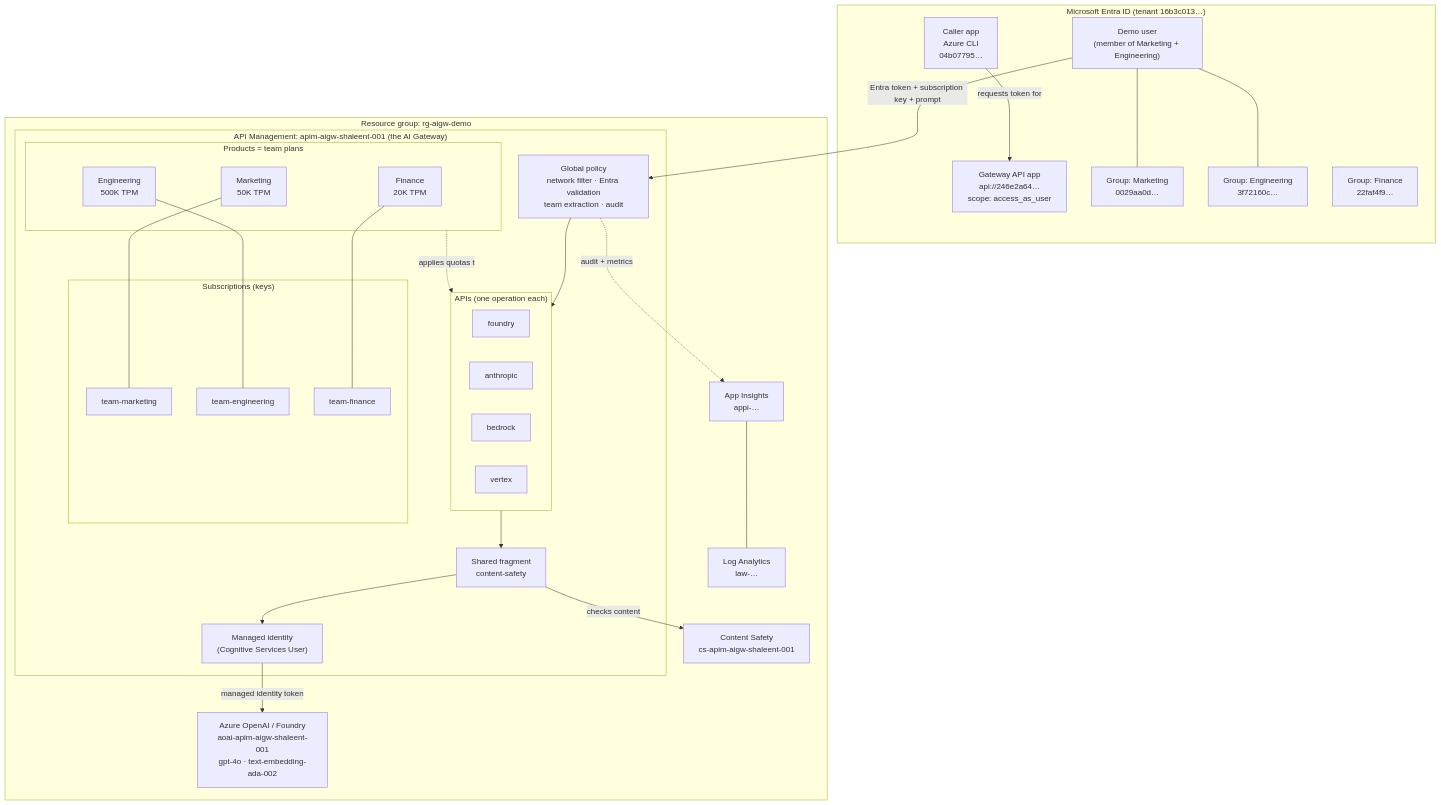
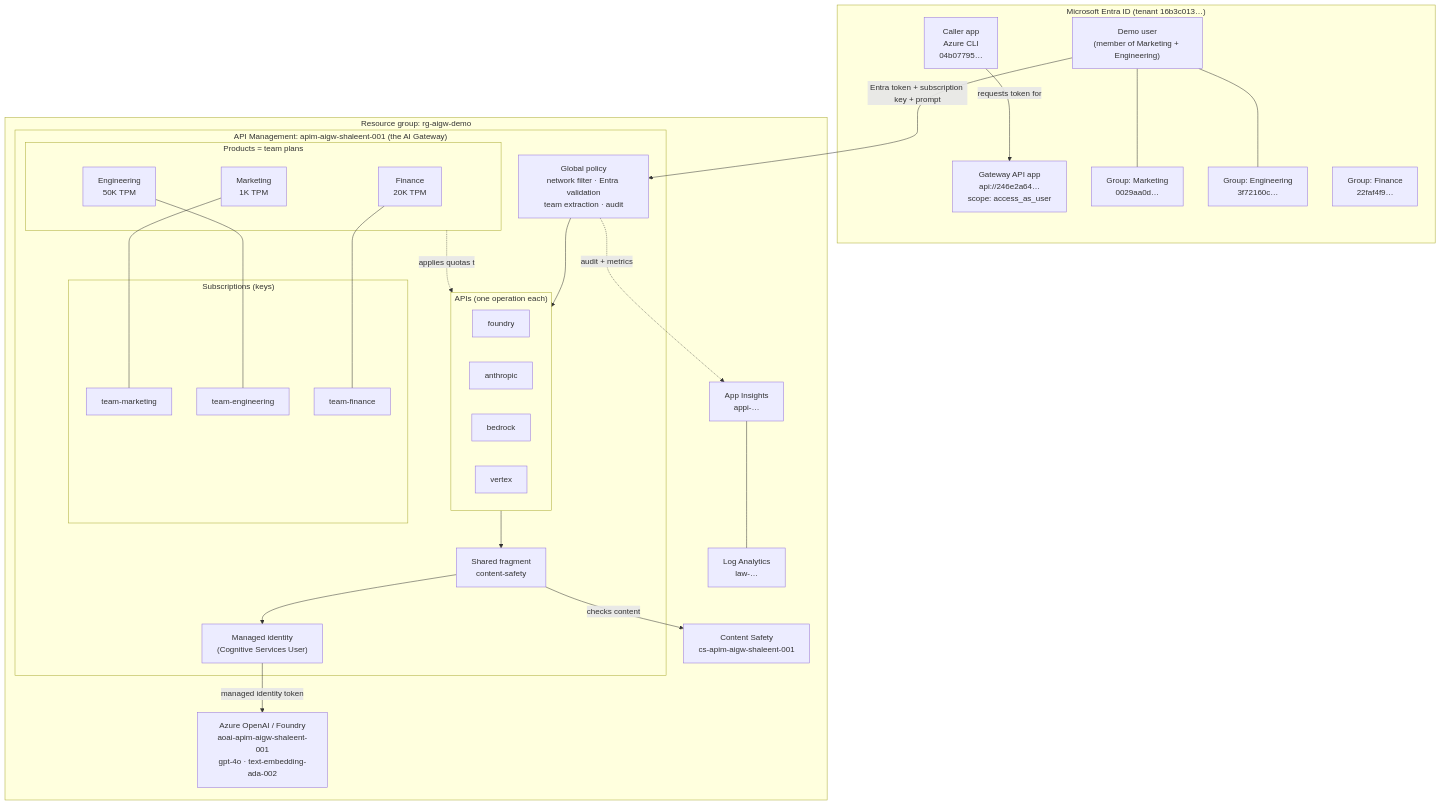
One commit to shaleen-wonder-ent/AIGateway-APIM-LAB changed the first of 2 diagrams in cookbook.md. Above: the diagram before and after it, drawn with Mermaid. The commit also changed other lines of this file, not shown here.

````diff
--- a/cookbook.md
+++ b/cookbook.md
@@ -118,56 +126,56 @@
 ```mermaid
 flowchart TB
     subgraph ENTRA["Microsoft Entra ID (tenant 16b3c013…)"]
         CALLER["Caller app<br/>Azure CLI<br/>04b07795…"]
         GWAPP["Gateway API app<br/>api://246e2a64…<br/>scope: access_as_user"]
         G1["Group: Marketing<br/>0029aa0d…"]
         G2["Group: Engineering<br/>3f72160c…"]
         G3["Group: Finance<br/>22faf4f9…"]
         USER["Demo user<br/>(member of Marketing + Engineering)"]
         USER --- G1
         USER --- G2
         CALLER -->|requests token for| GWAPP
     end
 
     subgraph RG["Resource group: rg-aigw-demo"]
         subgraph APIM["API Management: apim-aigw-shaleent-001 (the AI Gateway)"]
             GLOBAL["Global policy<br/>network filter · Entra validation<br/>team extraction · audit"]
             subgraph APIS["APIs (one operation each)"]
                 AF["foundry"]
                 AA["anthropic"]
                 AB["bedrock"]
                 AV["vertex"]
             end
             subgraph PRODUCTS["Products = team plans"]
-                PM["Marketing<br/>50K TPM"]
-                PE["Engineering<br/>500K TPM"]
+                PM["Marketing<br/>1K TPM"]
+                PE["Engineering<br/>50K TPM"]
                 PF["Finance<br/>20K TPM"]
             end
             subgraph SUBS["Subscriptions (keys)"]
                 SM["team-marketing"]
                 SE["team-engineering"]
                 SF["team-finance"]
             end
             FRAG["Shared fragment<br/>content-safety"]
             MI["Managed identity<br/>(Cognitive Services User)"]
         end
 
         FOUNDRY["Azure OpenAI / Foundry<br/>aoai-apim-aigw-shaleent-001<br/>gpt-4o · text-embedding-ada-002"]
         CS["Content Safety<br/>cs-apim-aigw-shaleent-001"]
         AI["App Insights<br/>appi-…"]
         LAW["Log Analytics<br/>law-…"]
     end
 
     USER -->|Entra token + subscription key + prompt| GLOBAL
     GLOBAL --> APIS
     PM --- SM
     PE --- SE
     PF --- SF
     PRODUCTS -.applies quotas to.-> APIS
     APIS --> FRAG
     FRAG --> MI
     MI -->|managed identity token| FOUNDRY
     FRAG -->|checks content| CS
     GLOBAL -.audit + metrics.-> AI
     AI --- LAW
 ```
````
